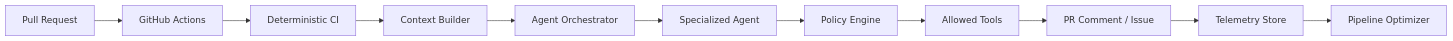
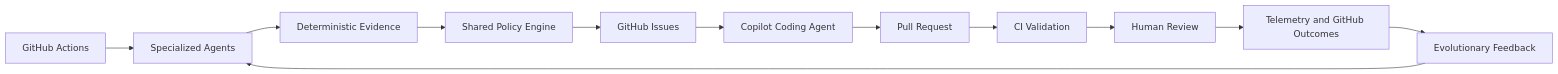
The diagram in README.md (blockdalegend/evolutionarycicd), drawn with Mermaid before and after one commit. The commit also changed other lines of this file and 44 other files, not shown here.

````diff
--- a/README.md
+++ b/README.md
@@ -41,13 +28,14 @@
 ```mermaid
 flowchart LR
-    PR[Pull Request] --> GHA[GitHub Actions]
-    GHA --> CI[Deterministic CI]
-    CI --> CTX[Context Builder]
-    CTX --> ORCH[Agent Orchestrator]
-    ORCH --> AGENT[Specialized Agent]
-    AGENT --> POLICY[Policy Engine]
-    POLICY --> TOOLS[Allowed Tools]
-    TOOLS --> OUT[PR Comment / Issue]
-    OUT --> TEL[Telemetry Store]
-    TEL --> OPT[Pipeline Optimizer]
+    GHA[GitHub Actions] --> AGENTS[Specialized Agents]
+    AGENTS --> EVIDENCE[Deterministic Evidence]
+    EVIDENCE --> POLICY[Shared Policy Engine]
+    POLICY --> ISSUES[GitHub Issues]
+    ISSUES --> COPILOT[Copilot Coding Agent]
+    COPILOT --> PR[Pull Request]
+    PR --> CI[CI Validation]
+    CI --> HUMAN[Human Review]
+    HUMAN --> TEL[Telemetry and GitHub Outcomes]
+    TEL --> FEEDBACK[Evolutionary Feedback]
+    FEEDBACK --> AGENTS
 ```
````
